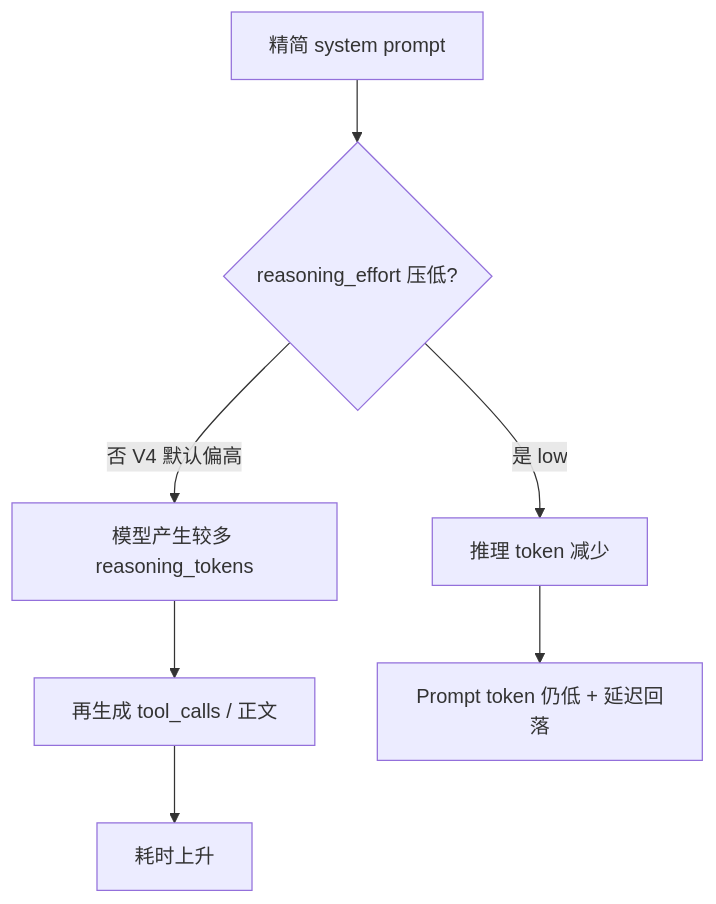
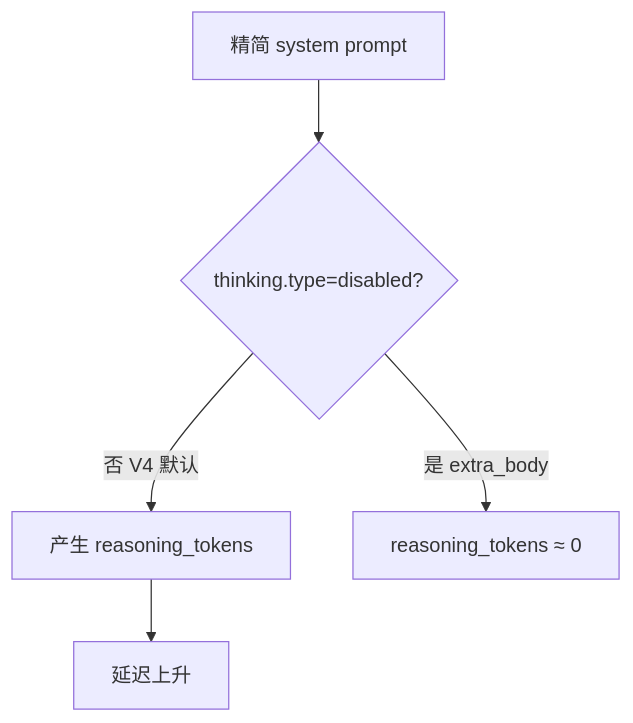
Before and after one commit to duruo850/llm-agent-workbench: the diagram in docs/knowledge/M11.1-slim-prompt-reasoning-latency.md, drawn with Mermaid. The commit also changed other lines of this file and 13 other files, not shown here.

````diff
--- a/docs/knowledge/M11.1-slim-prompt-reasoning-latency.md
+++ b/docs/knowledge/M11.1-slim-prompt-reasoning-latency.md
@@ -44,9 +44,7 @@
 ```mermaid
 flowchart TD
-  A[精简 system prompt] --> B{reasoning_effort 压低?}
-  B -->|否 V4 默认偏高| C[模型产生较多 reasoning_tokens]
-  C --> D[再生成 tool_calls / 正文]
-  D --> E[耗时上升]
-  B -->|是 low| F[推理 token 减少]
-  F --> G[Prompt token 仍低 + 延迟回落]
+  A[精简 system prompt] --> B{thinking.type=disabled?}
+  B -->|否 V4 默认| C[产生 reasoning_tokens]
+  C --> D[延迟上升]
+  B -->|是 extra_body| E[reasoning_tokens ≈ 0]
 ```
````
